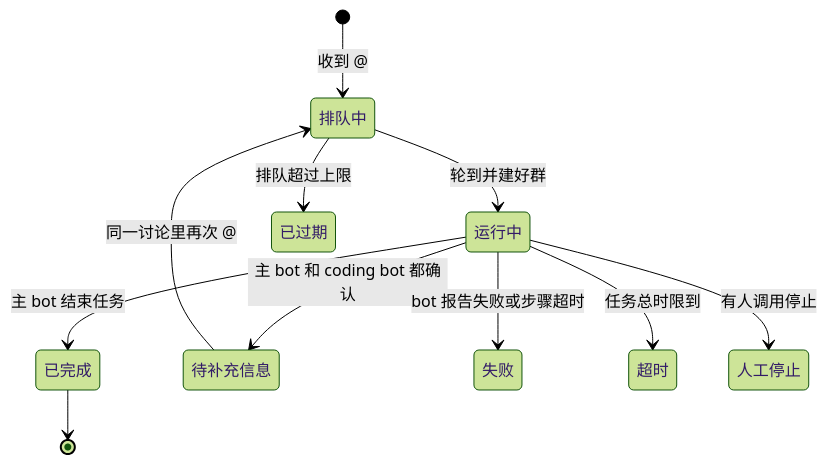
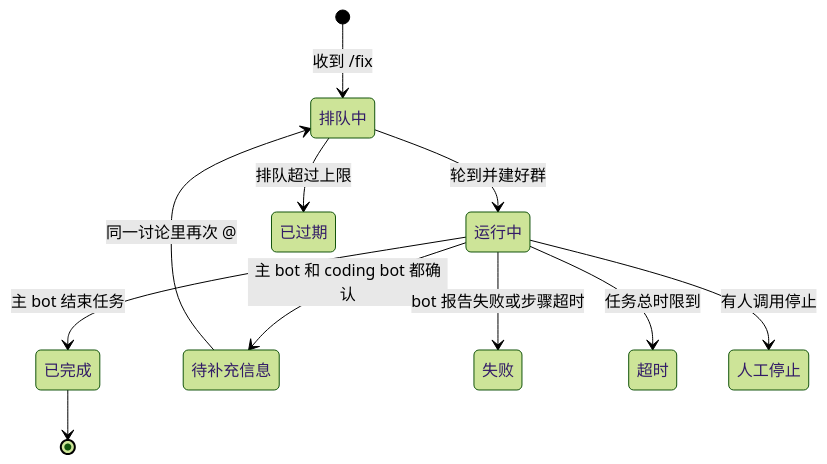
Before and after one commit to whhe-coder/Chat-to-Fix-Agent: the second of 3 diagrams in docs/chat-to-fix/design/software-spec.md, drawn with Mermaid (forest theme). The commit also changed other lines of this file and 27 other files, not shown here.

````diff
--- a/docs/chat-to-fix/design/software-spec.md
+++ b/docs/chat-to-fix/design/software-spec.md
@@ -185,21 +185,21 @@
 ```mermaid
 stateDiagram-v2
   state "排队中" as queued
   state "运行中" as running
   state "已完成" as done
   state "待补充信息" as needinfo
   state "失败" as failed
   state "超时" as timedout
   state "人工停止" as stopped
   state "已过期" as expired
-  [*] --> queued: 收到 @
+  [*] --> queued: 收到 /fix
   queued --> running: 轮到并建好群
   queued --> expired: 排队超过上限
   running --> done: 主 bot 结束任务
   running --> needinfo: 主 bot 和 coding bot 都确认
   running --> failed: bot 报告失败或步骤超时
   running --> timedout: 任务总时限到
   running --> stopped: 有人调用停止
   needinfo --> queued: 同一讨论里再次 @
   done --> [*]
 ```
````
